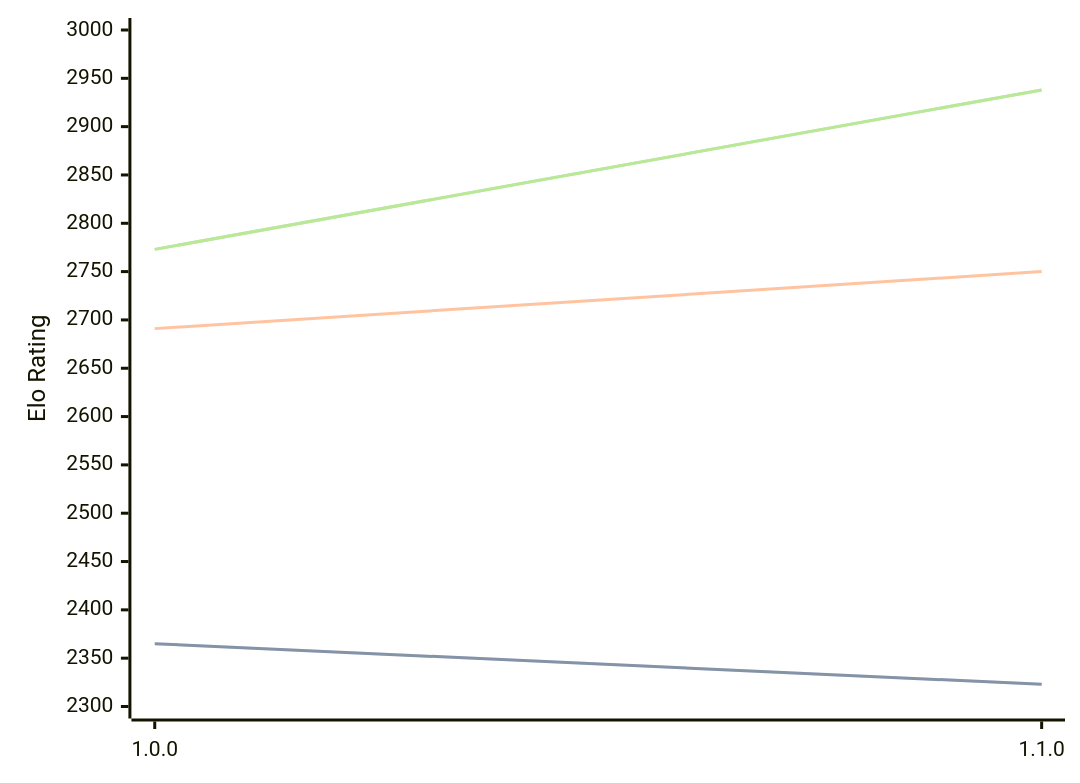
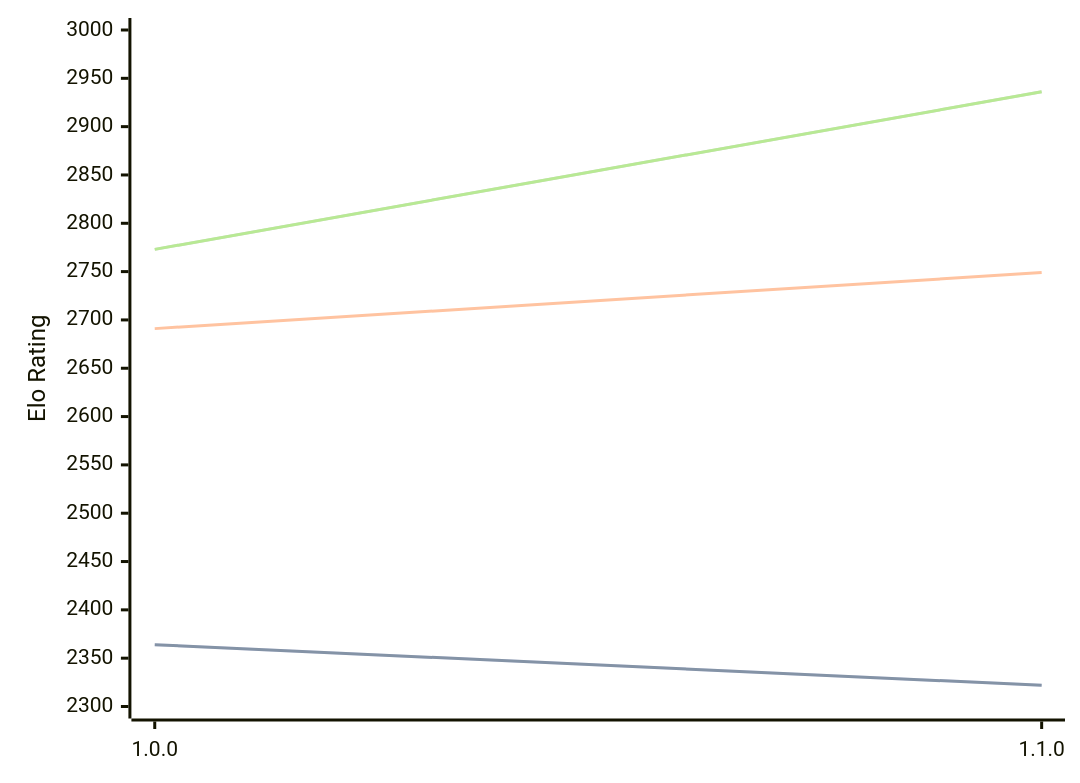
The diagram in engines/ShallowGuess.md (computer-chess-index/cci), drawn with Mermaid before and after one commit. The commit also changed other lines of this file, not shown here.

Commit message:
Update CCI Ratings (ELO VLTC) - 2026-03-30

````diff
--- a/engines/ShallowGuess.md
+++ b/engines/ShallowGuess.md
@@ -36,11 +36,11 @@
 ```mermaid
 %%{init: {"theme":"base","themeVariables":{"seriesColors:['#a3a3a3','#222221','#faa371']}}}%%
 xychart-beta
   x-axis ["1.0.0", "1.1.0"]
   y-axis "Elo Rating" 2300 --> 3000
-  line "STC (8.0+0.08s)" [2365, 2323]
-  line "STC (8.0+0.08s)" [2365, 2323]
-  line "LTC (60.0+0.60s)" [2691, 2750]
-  line "VLTC (2m24s+1.12s)" [2773, 2938]
-  line "VLTC (2m24s+1.12s)" [2773, 2938]
+  line "STC (8.0+0.08s)" [2364, 2322]
+  line "STC (8.0+0.08s)" [2364, 2322]
+  line "LTC (60.0+0.60s)" [2691, 2749]
+  line "VLTC (2m24s+1.12s)" [2773, 2936]
+  line "VLTC (2m24s+1.12s)" [2773, 2936]
 ```
````
